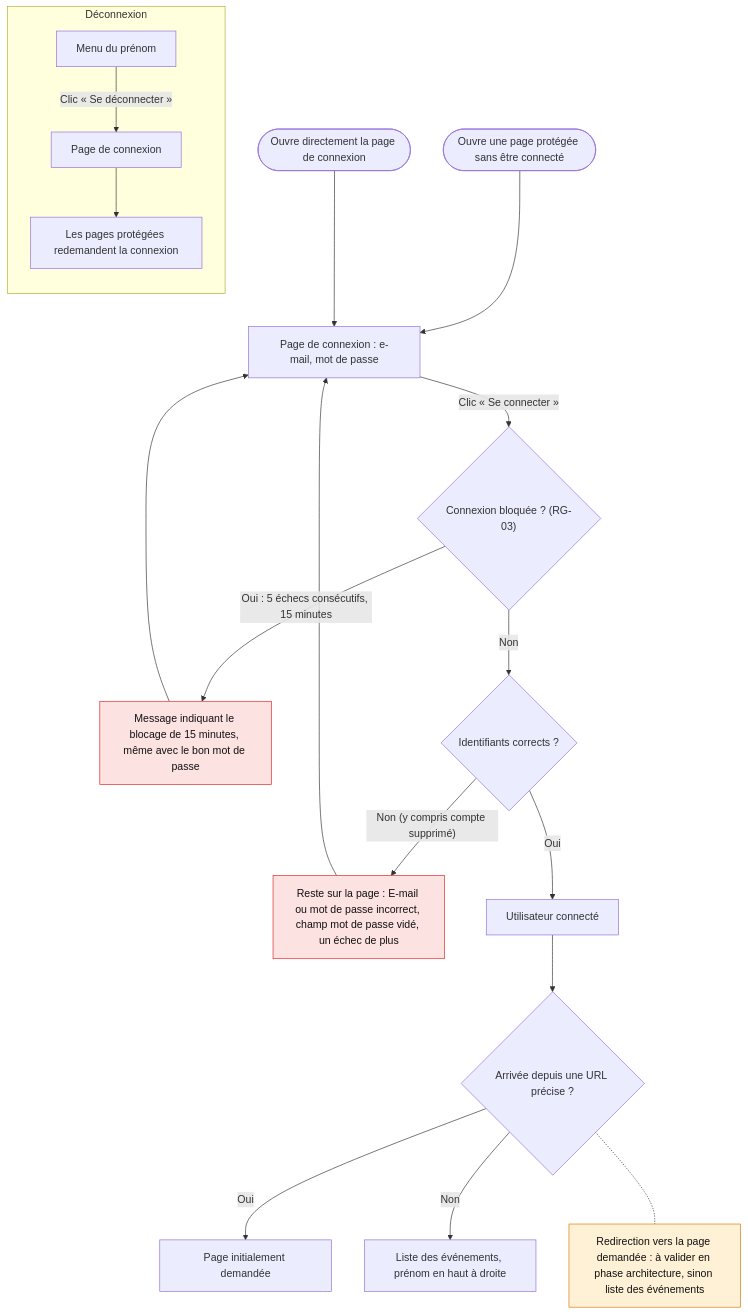
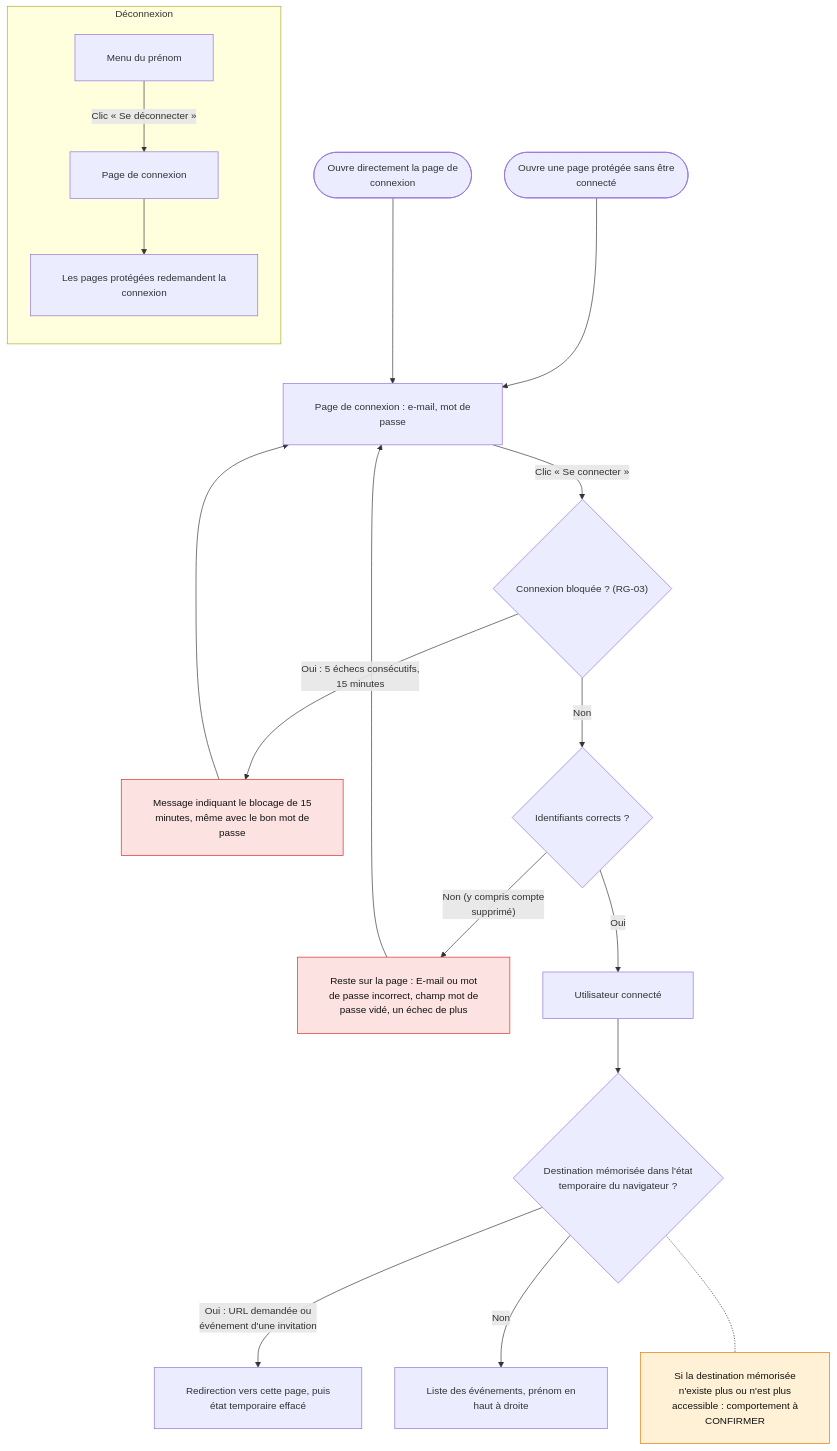
One commit to nathanjouannon/Creno changed the diagram in docs/flows/02-connexion-deconnexion.mmd. Above: the diagram before and after it, drawn with Mermaid. The commit also changed 9 other files, not shown here.

```diff
--- a/docs/flows/02-connexion-deconnexion.mmd
+++ b/docs/flows/02-connexion-deconnexion.mmd
@@ -1,30 +1,33 @@
+%%{init: {"flowchart": {"htmlLabels": true, "wrappingWidth": 360, "padding": 24, "nodeSpacing": 50, "rankSpacing": 60, "curve": "basis"}, "themeVariables": {"fontSize": "15px"}}}%%
 %% Connexion et déconnexion (F-02, RG-03)
 %% Légende : rectangle = écran, stade = action, losange = décision, rouge = erreur / refus, orange = à confirmer
 flowchart TD
     classDef error fill:#fde2e2,stroke:#dc2626,color:#111
     classDef todo fill:#fff1d6,stroke:#d97706,color:#111
 
-    S(["Ouvre une page protégée sans être connecté"]) --> L["Page de connexion : e-mail, mot de passe"]
-    S2(["Ouvre directement la page de connexion"]) --> L
+    S(["Ouvre une page protégée sans être<br/>connecté"]) --> L["Page de connexion : e-mail, mot de<br/>passe"]
+    S2(["Ouvre directement la page de<br/>connexion"]) --> L
 
-    L -->|"Clic « Se connecter »"| C{"Connexion bloquée ? (RG-03)"}
-    C -->|"Oui : 5 échecs consécutifs, 15 minutes"| E1["Message indiquant le blocage de 15 minutes, même avec le bon mot de passe"]:::error
+    L -->|"Clic « Se connecter »"| C{"Connexion bloquée ? (RG-03)"}
+    C -->|"Oui : 5 échecs consécutifs,<br/>15 minutes"| E1["Message indiquant le blocage de 15<br/>minutes, même avec le bon mot de<br/>passe"]:::error
     E1 --> L
-    C -->|"Non"| D{"Identifiants corrects ?"}
-    D -->|"Non (y compris compte supprimé)"| E2["Reste sur la page : E-mail ou mot de passe incorrect, champ mot de passe vidé, un échec de plus"]:::error
+    C -->|"Non"| D{"Identifiants corrects ?"}
+    D -->|"Non (y compris compte<br/>supprimé)"| E2["Reste sur la page : E-mail ou mot<br/>de passe incorrect, champ mot de<br/>passe vidé, un échec de plus"]:::error
     E2 --> L
     D -->|"Oui"| OK["Utilisateur connecté"]
-    OK --> T{"Arrivée depuis une URL précise ?"}
-    T -->|"Oui"| P1["Page initialement demandée"]
-    T -->|"Non"| P2["Liste des événements, prénom en haut à droite"]
+    OK --> T{"Destination mémorisée dans l'état<br/>temporaire du navigateur ?"}
+    T -->|"Oui : URL demandée ou<br/>événement d'une invitation"| P1["Redirection vers cette page, puis<br/>état temporaire effacé"]
+    T -->|"Non"| P2["Liste des événements, prénom en<br/>haut à droite"]
 
-    %% Redirection vers la page demandée : souhaitée « si possible » (décision de l'auteur).
-    %% À défaut, retomber sur la liste des événements, seul comportement écrit dans les user stories.
-    NOTE["Redirection vers la page demandée : à valider en phase architecture, sinon liste des événements"]:::todo
+    %% La destination est mémorisée avant d'arriver sur la page de connexion :
+    %% - URL protégée ouverte sans être connecté (flux 00)
+    %% - événement d'une invitation (flux 01)
+    %% L'état temporaire est une mémoire du navigateur (par exemple un store de type Zustand), choix technique laissé à la phase architecture.
+    NOTE["Si la destination mémorisée<br/>n'existe plus ou n'est plus<br/>accessible : comportement à<br/>CONFIRMER"]:::todo
     T -.- NOTE
 
     subgraph OUT["Déconnexion"]
         direction TB
-        O1["Menu du prénom"] -->|"Clic « Se déconnecter »"| O2["Page de connexion"]
-        O2 --> O3["Les pages protégées redemandent la connexion"]
+        O1["Menu du prénom"] -->|"Clic « Se déconnecter »"| O2["Page de connexion"]
+        O2 --> O3["Les pages protégées redemandent la<br/>connexion"]
     end
```
